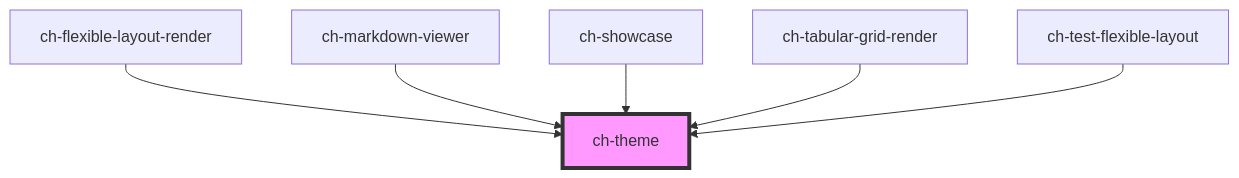
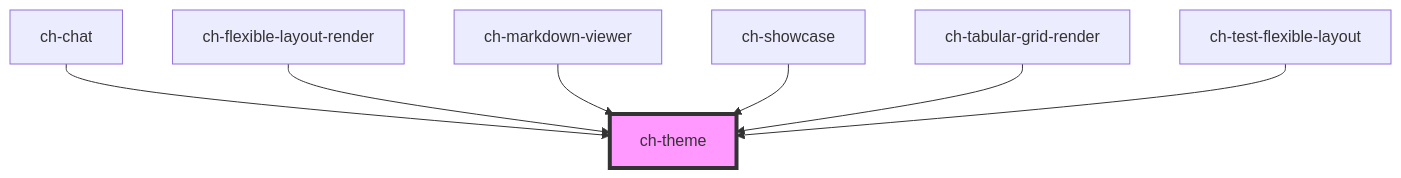
Before and after one commit to genexuslabs/chameleon-controls-library: the diagram in src/components/theme/readme.md, drawn with Mermaid. The commit also changed other lines of this file and 1 other file, not shown here.

Commit message:
Update readmes

````diff
--- a/src/components/theme/readme.md
+++ b/src/components/theme/readme.md
@@ -43,9 +44,10 @@
 ```mermaid
 graph TD;
+  ch-chat --> ch-theme
   ch-flexible-layout-render --> ch-theme
   ch-markdown-viewer --> ch-theme
   ch-showcase --> ch-theme
   ch-tabular-grid-render --> ch-theme
   ch-test-flexible-layout --> ch-theme
   style ch-theme fill:#f9f,stroke:#333,stroke-width:4px
 ```
````
